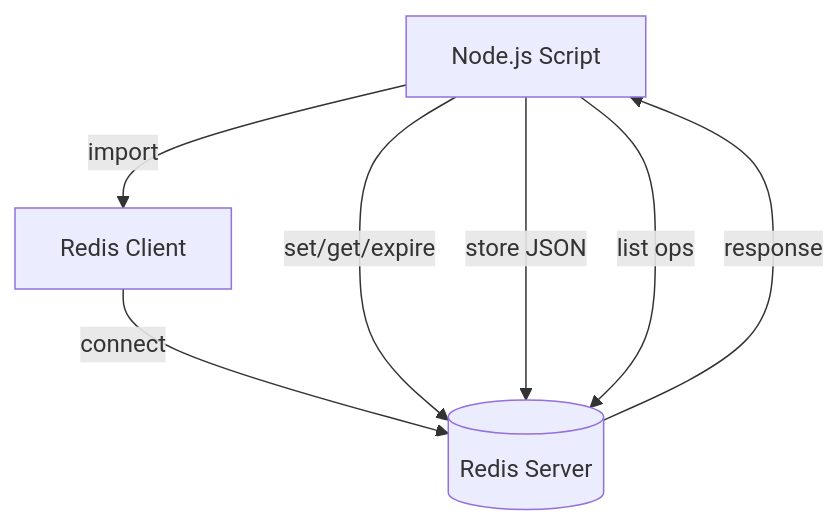
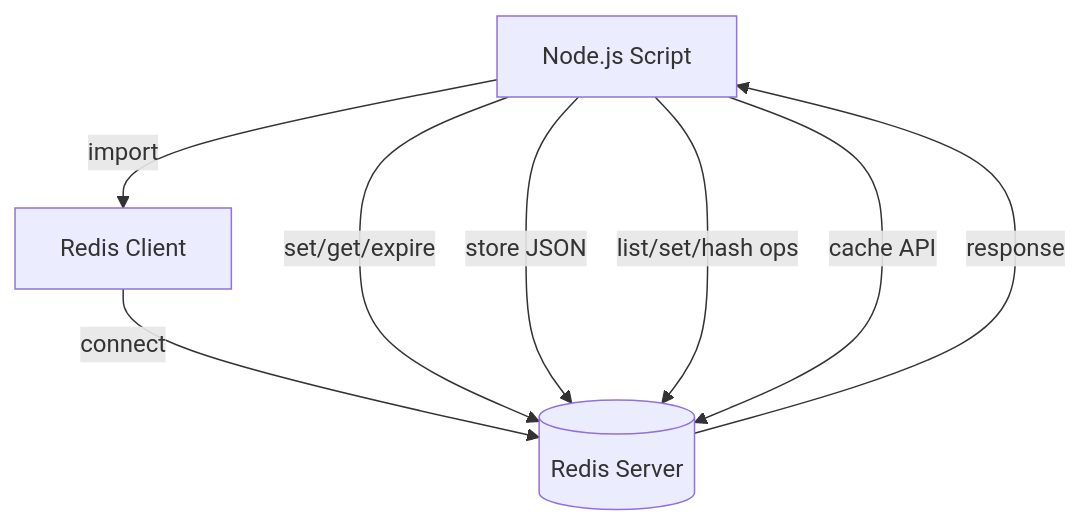
The diagram in Readme.md (pbbhattpriyanshu/Redis_playground), drawn with Mermaid before and after one commit. The commit also changed other lines of this file and 5 other files, not shown here.

Commit message:
Added Redis set and hash operations, caching with Redis, and updated dependencies

````diff
--- a/Readme.md
+++ b/Readme.md
@@ -31,9 +34,10 @@
 ```mermaid
 flowchart TD
     A[Node.js Script] -->|import| B[Redis Client]
     B -->|connect| C[(Redis Server)]
     A -->|set/get/expire| C
     A -->|store JSON| C
-    A -->|list ops| C
+    A -->|list/set/hash ops| C
+    A -->|cache API| C
     C -->|response| A
 ```
````
